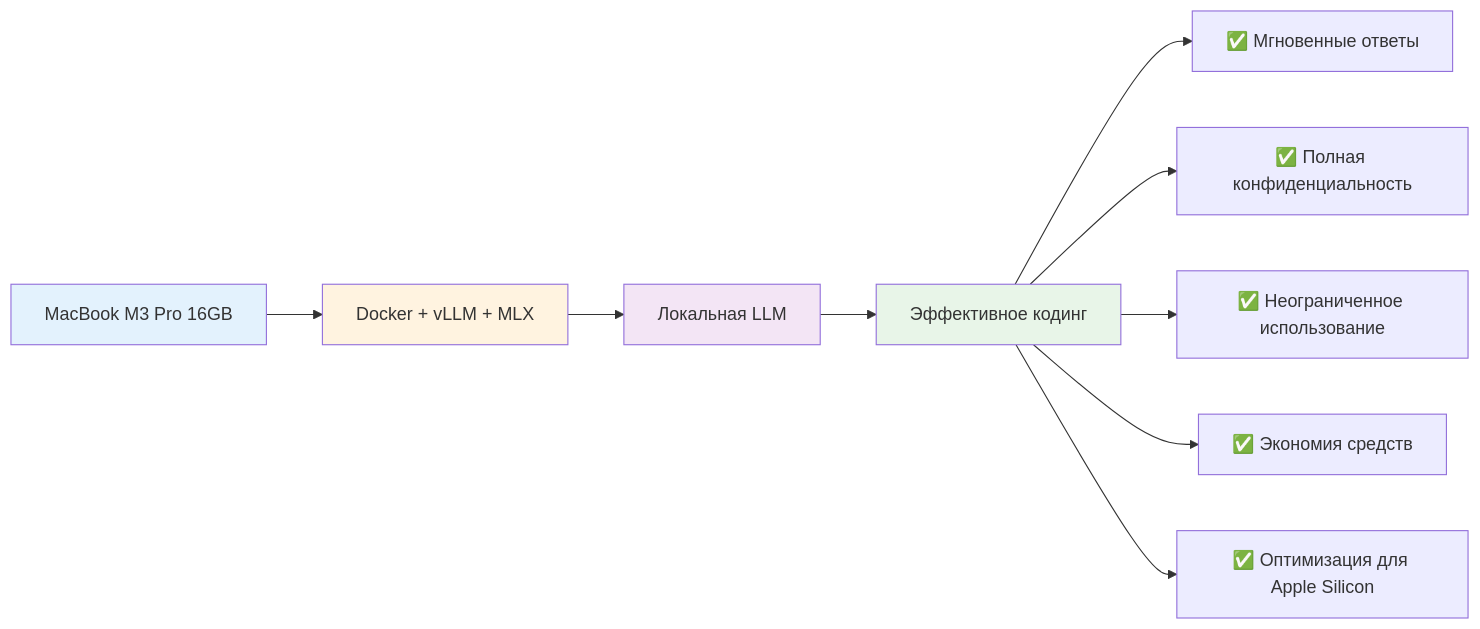
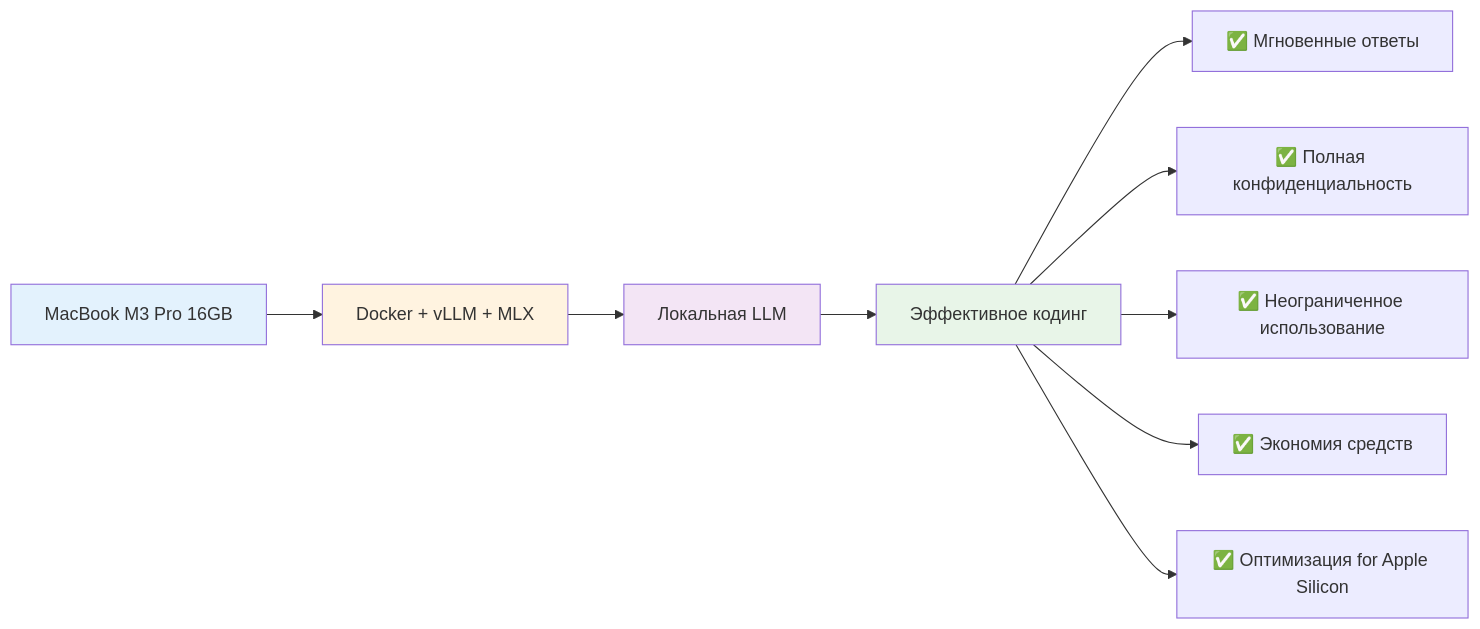
One commit to NeoZorK/neozork-hld-prediction changed the fifth of 5 diagrams in docs/automl/gluon/33_llm_parallel_computing_setup.md. Above: the diagram before and after it, drawn with Mermaid. The commit also changed other lines of this file and 19 other files, not shown here.

````diff
--- a/docs/automl/gluon/33_llm_parallel_computing_setup.md
+++ b/docs/automl/gluon/33_llm_parallel_computing_setup.md
@@ -1847,17 +1847,17 @@
 ```mermaid
 graph LR
-    A[MacBook M3 Pro 16GB] --> B[Docker + vLLM + MLX]
-    B --> C[Локальная LLM]
-    C --> D[Эффективное кодинг]
-    
-    D --> E[✅ Мгновенные ответы]
-    D --> F[✅ Полная конфиденциальность]
-    D --> G[✅ Неограниченное использование]
-    D --> H[✅ Экономия средств]
-    D --> I[✅ Оптимизация для Apple Silicon]
-    
-    style A fill:#e3f2fd
-    style B fill:#fff3e0
-    style C fill:#f3e5f5
-    style D fill:#e8f5e8
+ A[MacBook M3 Pro 16GB] --> B[Docker + vLLM + MLX]
+ B --> C[Локальная LLM]
+ C --> D[Эффективное кодинг]
+
+ D --> E[✅ Мгновенные ответы]
+ D --> F[✅ Полная конфиденциальность]
+ D --> G[✅ Неограниченное использование]
+ D --> H[✅ Экономия средств]
+ D --> I[✅ Оптимизация for Apple Silicon]
+
+ style A fill:#e3f2fd
+ style B fill:#fff3e0
+ style C fill:#f3e5f5
+ style D fill:#e8f5e8
 ```
````
